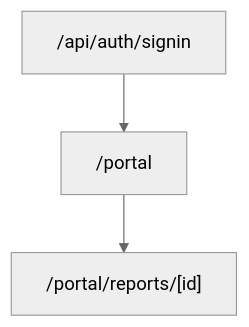
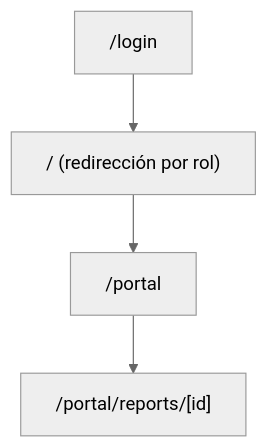
Before and after one commit to Racksode/tfm-task-client: the second of 6 diagrams in docs/11-pantallas-y-navegacion.md, drawn with Mermaid (neutral theme). The commit also changed other lines of this file and 2 other files, not shown here.

Commit message:
docs: actualizar pantallas, casos de uso e historias al rework de login y usuarios

````diff
--- a/docs/11-pantallas-y-navegacion.md
+++ b/docs/11-pantallas-y-navegacion.md
@@ -70,5 +79,6 @@
 ```mermaid
 graph TD
-  LoginC["/api/auth/signin"] --> Portal["/portal"]
+  LoginC["/login"] --> RootC["/ (redirección por rol)"]
+  RootC --> Portal["/portal"]
   Portal --> PortalReport["/portal/reports/[id]"]
 ```
````
